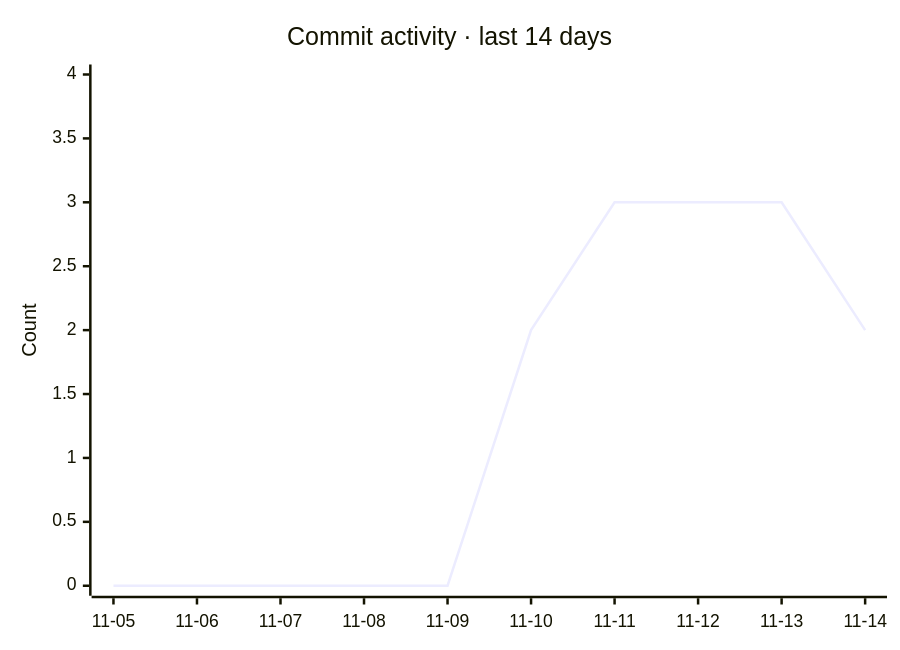
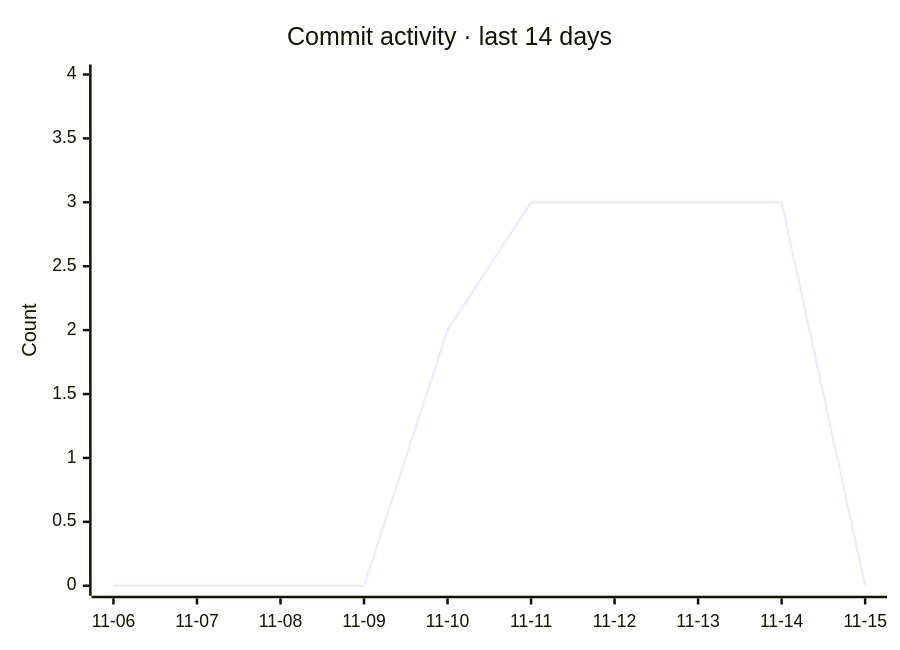
Before and after one commit to razzaqinspires/whiskay-bot: the second of 2 diagrams in README.md, drawn with Mermaid. The commit also changed other lines of this file and 2 other files, not shown here.

Commit message:
chore(metrics): refresh GitHub traffic and update timestamp [skip ci]

````diff
--- a/README.md
+++ b/README.md
@@ -329,7 +329,7 @@
 ```mermaid
 xychart-beta
     title "Commit activity · last 14 days"
-    x-axis ["11-05", "11-06", "11-07", "11-08", "11-09", "11-10", "11-11", "11-12", "11-13", "11-14"]
+    x-axis ["11-06", "11-07", "11-08", "11-09", "11-10", "11-11", "11-12", "11-13", "11-14", "11-15"]
     y-axis "Count" 0 --> 4
-    line [0, 0, 0, 0, 0, 2, 3, 3, 3, 2]
+    line [0, 0, 0, 0, 2, 3, 3, 3, 3, 0]
 ```
````
